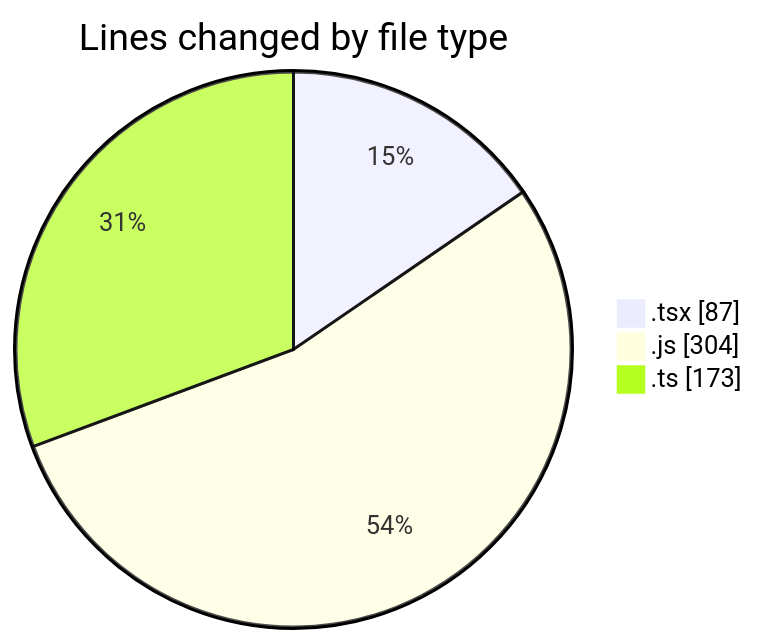
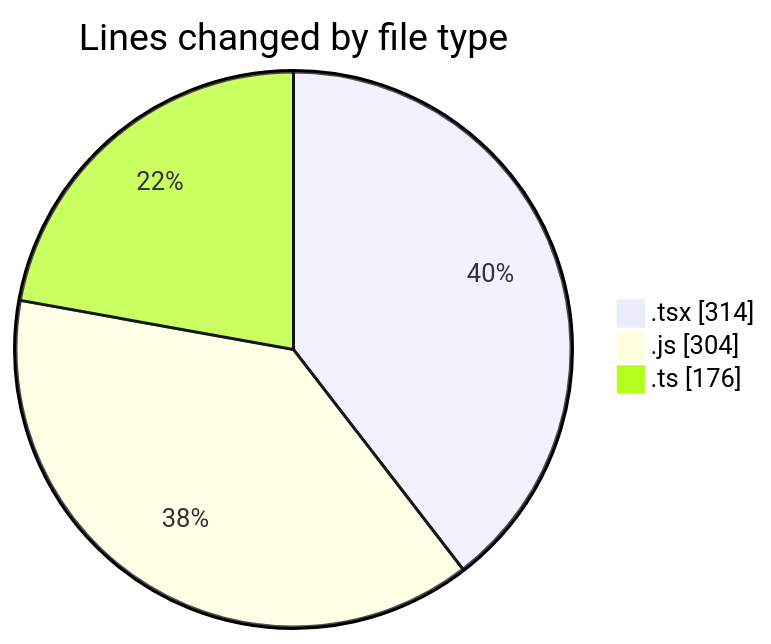
Before and after one commit to momahboobian/code-tracking: the first of 2 diagrams in 2025-02-26/cda/README.md, drawn with Mermaid. The commit also changed other lines of this file and 1 other file, not shown here.

````diff
--- a/2025-02-26/cda/README.md
+++ b/2025-02-26/cda/README.md
@@ -25,7 +30,7 @@
 ```mermaid
 pie showData
 title Lines changed by file type
-".tsx" : 87
+".tsx" : 314
 ".js" : 304
-".ts" : 173
+".ts" : 176
 ```
````
